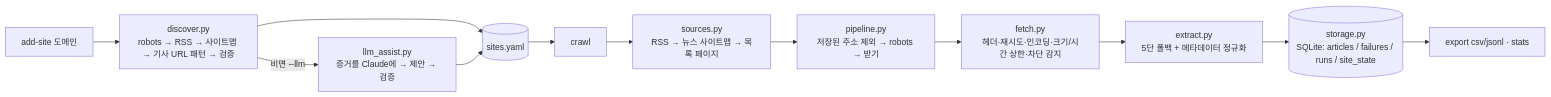
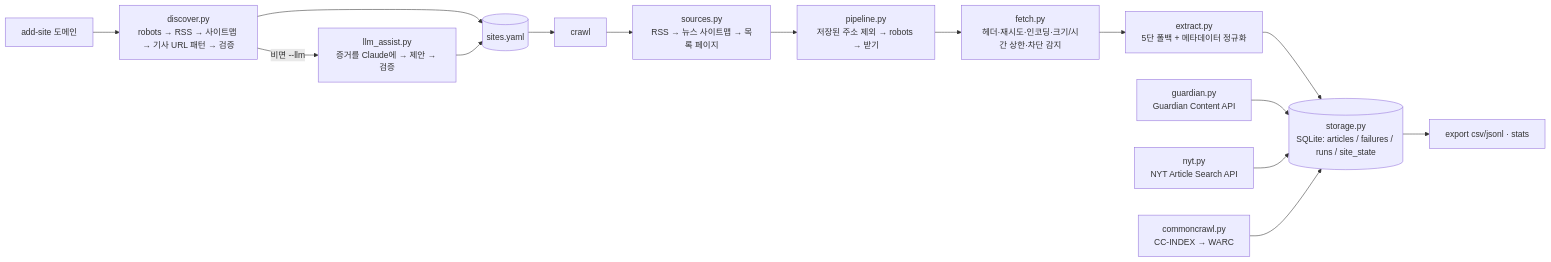
Before and after one commit to brian5241/news-crawler: the diagram in README.md, drawn with Mermaid. The commit also changed other lines of this file, not shown here.

Commit message:
README 업데이트: Guardian/NYT API 섹션, 진행 현황 표 추가

````diff
--- a/README.md
+++ b/README.md
@@ -24,14 +24,17 @@
 ```mermaid
 flowchart LR
     A[add-site 도메인] --> D[discover.py<br/>robots → RSS → 사이트맵 → 기사 URL 패턴 → 검증]
     D -->|비면 --llm| L[llm_assist.py<br/>증거를 Claude에 → 제안 → 검증]
     D --> Y[(sites.yaml)]
     L --> Y
     Y --> C[crawl]
     C --> S[sources.py<br/>RSS → 뉴스 사이트맵 → 목록 페이지]
     S --> P[pipeline.py<br/>저장된 주소 제외 → robots → 받기]
     P --> F[fetch.py<br/>헤더·재시도·인코딩·크기/시간 상한·차단 감지]
     F --> E[extract.py<br/>5단 폴백 + 메타데이터 정규화]
     E --> DB[(storage.py<br/>SQLite: articles / failures / runs / site_state)]
     DB --> X[export csv/jsonl · stats]
+    G[guardian.py<br/>Guardian Content API] --> DB
+    N[nyt.py<br/>NYT Article Search API] --> DB
+    CC[commoncrawl.py<br/>CC-INDEX → WARC] --> DB
 ```
````
